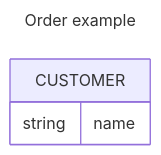
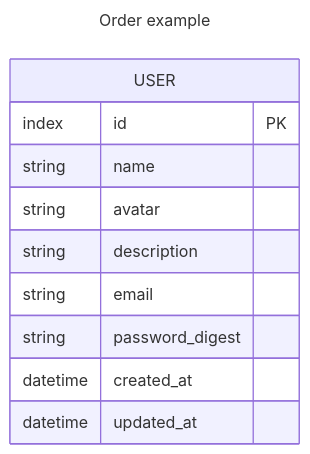
One commit to TakuyaTaniguchi/NestJS-Svelte changed the diagram in doc/er.md. Above: the diagram before and after it, drawn with Mermaid.

Commit message:
Add USER table to ER diagram

````diff
--- a/doc/er.md
+++ b/doc/er.md
@@ -1,10 +1,17 @@
 ```mermaid
 ---
 title: Order example
 ---
 erDiagram
-    CUSTOMER {
+    USER {
+        index id PK
         string name
+        string avatar
+        string description
+        string email
+        string password_digest
+        datetime created_at
+        datetime updated_at
     }
 
 ```
````
